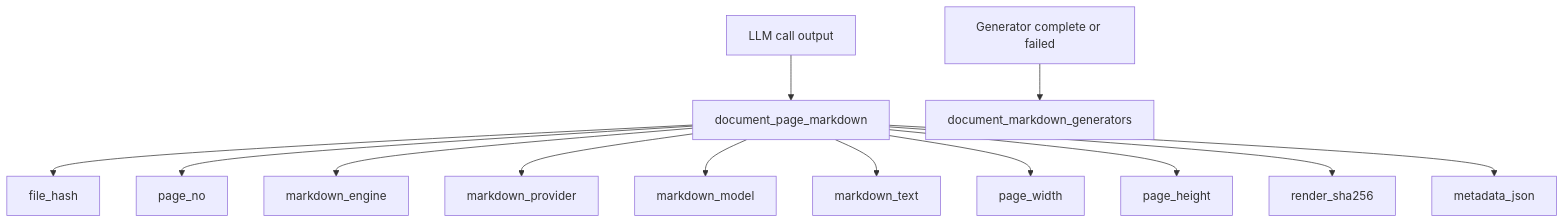
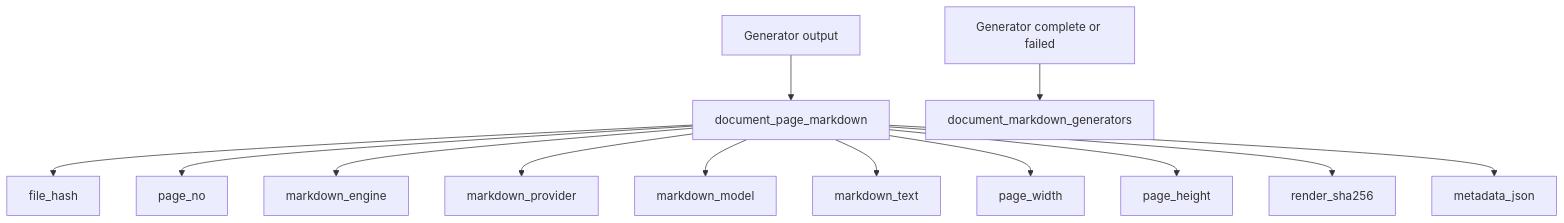
The third of 3 diagrams in docs/page-markdown-pipeline.md (agus-works/trapo), drawn with Mermaid before and after one commit. The commit also changed other lines of this file and 151 other files, not shown here.

````diff
--- a/docs/page-markdown-pipeline.md
+++ b/docs/page-markdown-pipeline.md
@@ -381,15 +163,15 @@
 ```mermaid
 flowchart TD
-    A[LLM call output] --> B[document_page_markdown]
+    A[Generator output] --> B[document_page_markdown]
     B --> C[file_hash]
     B --> D[page_no]
     B --> E1[markdown_engine]
     B --> E2[markdown_provider]
     B --> E3[markdown_model]
     B --> E[markdown_text]
     B --> E4[page_width]
     B --> E5[page_height]
     B --> E6[render_sha256]
     B --> F[metadata_json]
     G[Generator complete or failed] --> H[document_markdown_generators]
 ```
````
